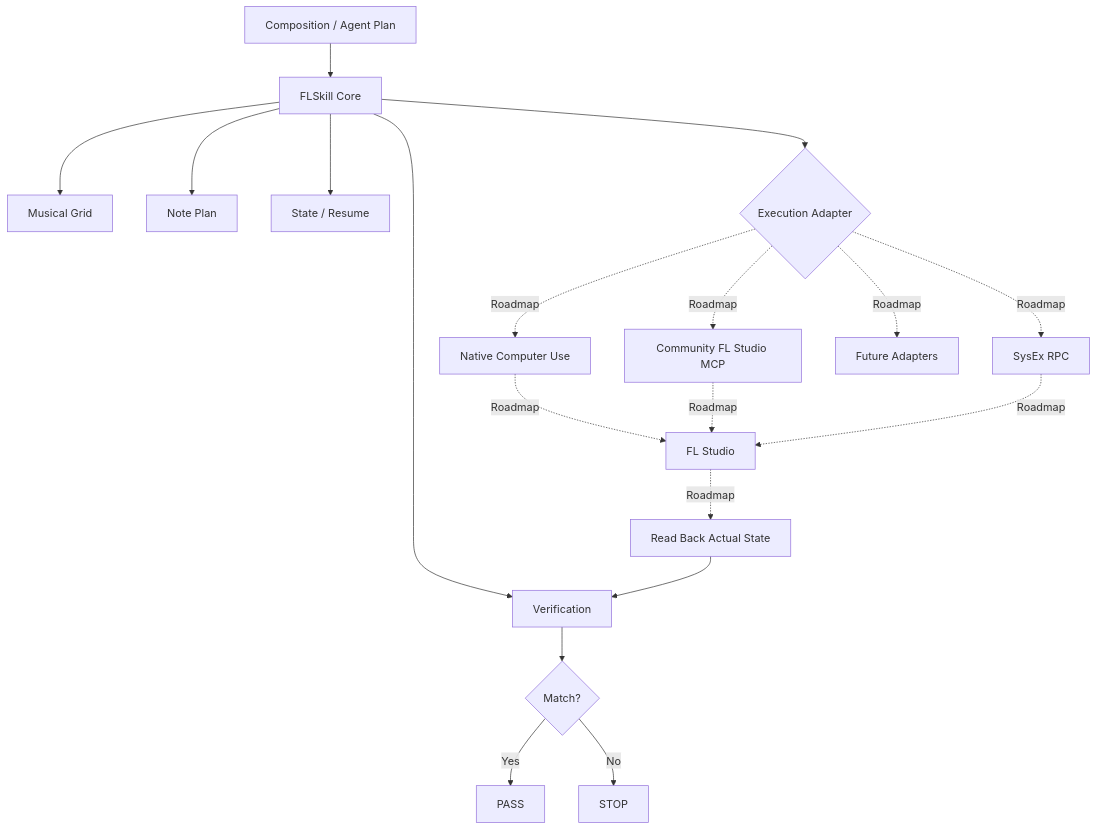
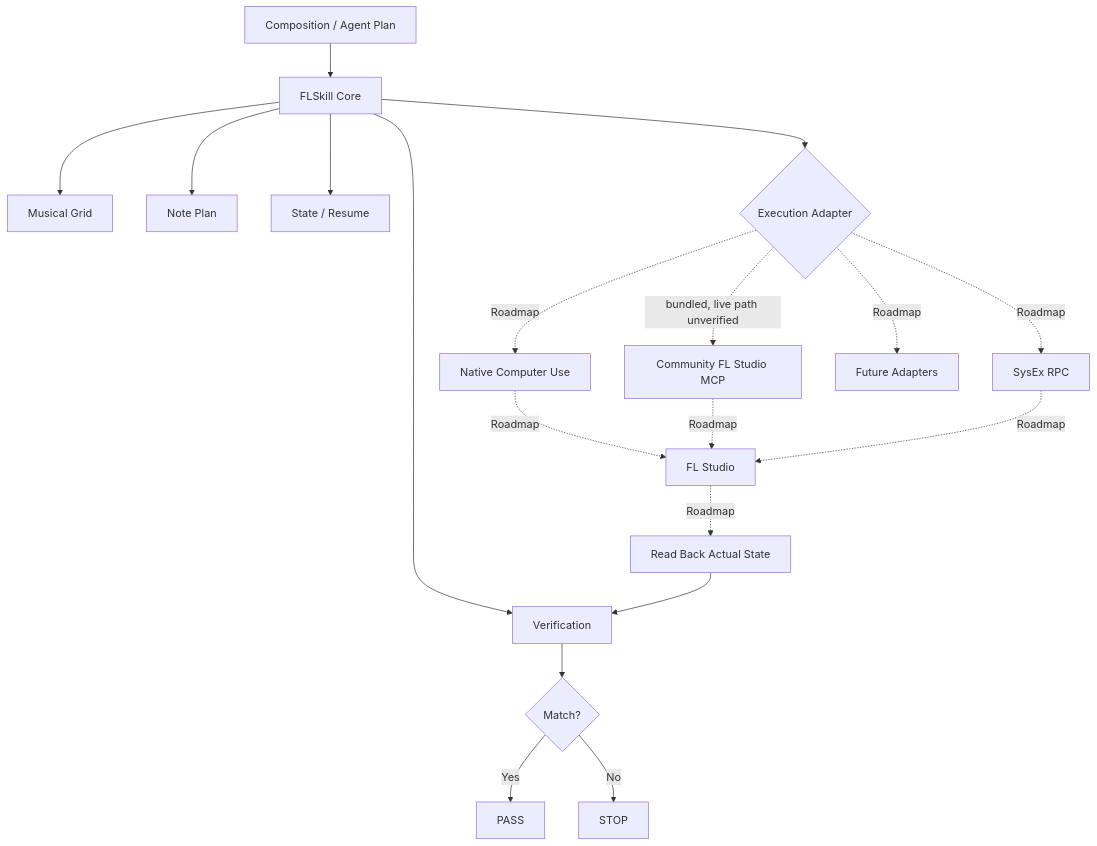
The diagram in README.md (ryurikoneko/DAWLoop), drawn with Mermaid before and after one commit. The commit also changed other lines of this file and 39 other files, not shown here.

Commit message:
feat: bundle FL Studio MCP adapter foundation

````diff
--- a/README.md
+++ b/README.md
@@ -23,21 +29,21 @@
 ```mermaid
 flowchart TD
     A[Composition / Agent Plan] --> B[FLSkill Core]
     B --> C[Musical Grid]
     B --> D[Note Plan]
     B --> E[Verification]
     B --> F[State / Resume]
     B --> G{Execution Adapter}
     G -. Roadmap .-> H[Native Computer Use]
-    G -. Roadmap .-> I[Community FL Studio MCP]
+    G -. bundled, live path unverified .-> I[Community FL Studio MCP]
     G -. Roadmap .-> J[SysEx RPC]
     G -. Roadmap .-> K[Future Adapters]
     H -. Roadmap .-> L[FL Studio]
     I -. Roadmap .-> L
     J -. Roadmap .-> L
     L -. Roadmap .-> M[Read Back Actual State]
     M --> E
     E --> N{Match?}
     N -->|Yes| O[PASS]
     N -->|No| P[STOP]
 ```
````
